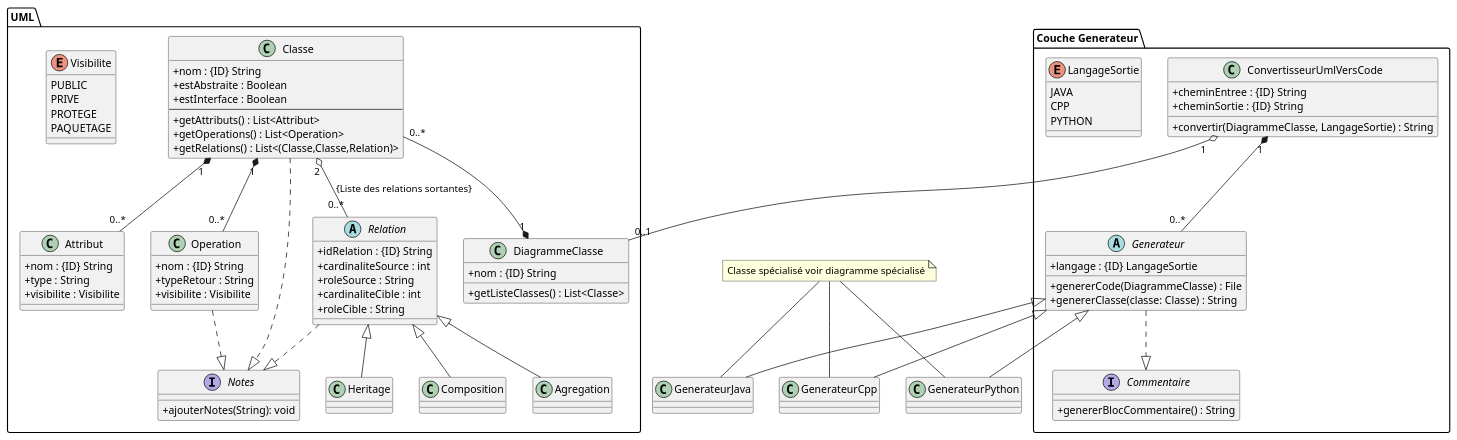
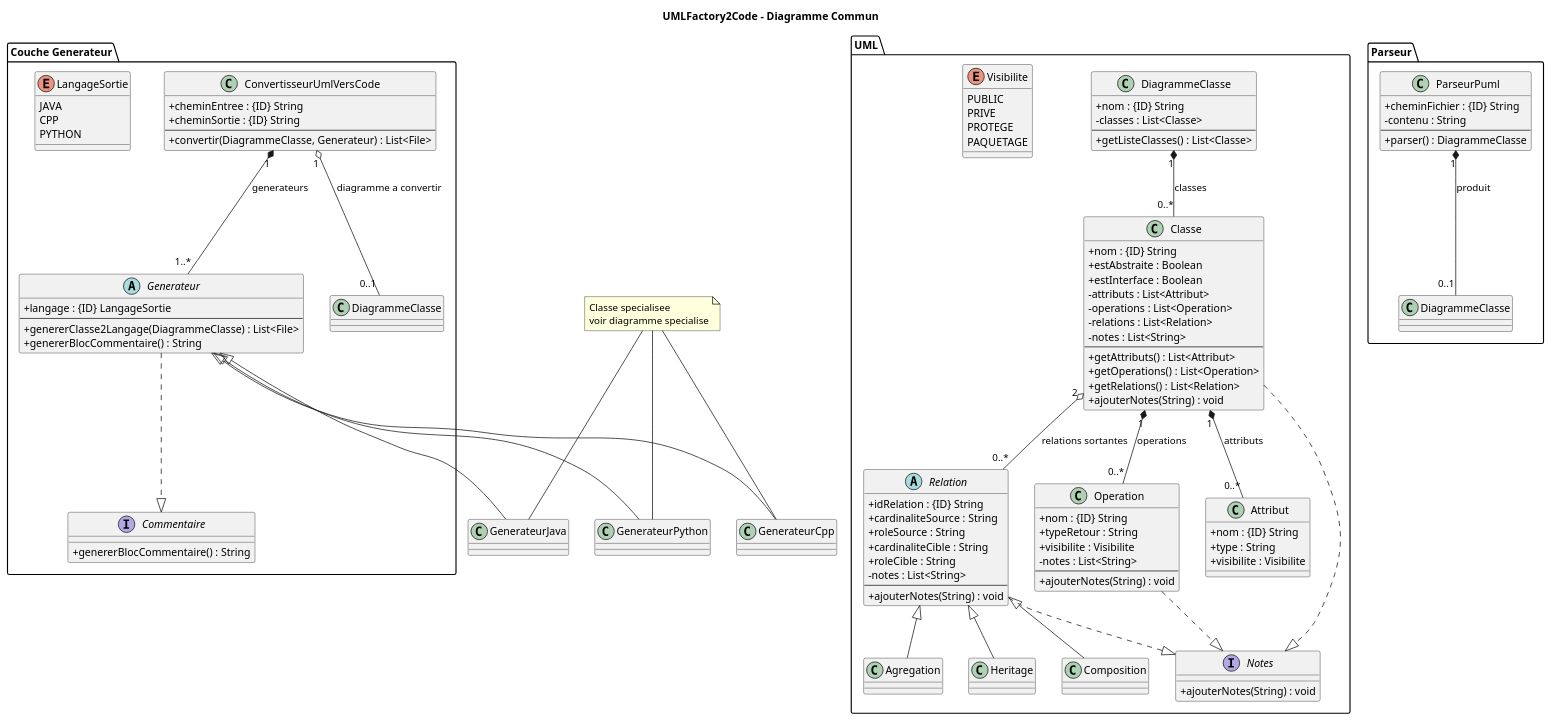
One commit to RasdaCorentin/PlantUML2Code changed the diagram in doc/fichier_puml/diagramme_commun.puml. Above: the diagram before and after it, drawn with PlantUML. The commit also changed 48 other files, not shown here.

Commit message:
Modif Diagramme de classe ajout premier programme

```diff
--- a/doc/fichier_puml/diagramme_commun.puml
+++ b/doc/fichier_puml/diagramme_commun.puml
@@ -1,104 +1,147 @@
 @startuml
+title UMLFactory2Code - Diagramme Commun
 skinparam classAttributeIconSize 0
 
 package "Couche Generateur" {
+
   class ConvertisseurUmlVersCode {
     +cheminEntree : {ID} String
     +cheminSortie : {ID} String
-    +convertir(DiagrammeClasse, LangageSortie) : String
+    ---
+    +convertir(DiagrammeClasse, Generateur) : List<File>
   }
+
   abstract class Generateur {
     +langage : {ID} LangageSortie
-    +genererCode(DiagrammeClasse) : File
-    +genererClasse(classe: Classe) : String
+    ---
+    +genererClasse2Langage(DiagrammeClasse) : List<File>
+    +genererBlocCommentaire() : String
   }
 
   enum LangageSortie {
     JAVA
     CPP
     PYTHON
   }
 
   interface Commentaire {
     +genererBlocCommentaire() : String
   }
 
   Generateur ..|> Commentaire
+  ConvertisseurUmlVersCode "1" o-- "0..1" DiagrammeClasse : "diagramme a convertir"
+  ConvertisseurUmlVersCode "1" *-- "1..*" Generateur : "generateurs"
 }
 
-package UML {
+package "UML" {
+
   class DiagrammeClasse {
     +nom : {ID} String
+    -classes : List<Classe>
+    ---
     +getListeClasses() : List<Classe>
   }
+
   class "Classe" as UMLClasse {
     +nom : {ID} String
     +estAbstraite : Boolean
     +estInterface : Boolean
+    -attributs : List<Attribut>
+    -operations : List<Operation>
+    -relations : List<Relation>
+    -notes : List<String>
     ---
     +getAttributs() : List<Attribut>
     +getOperations() : List<Operation>
-    +getRelations() : List<(Classe,Classe,Relation)>
-  }
-
-  UMLClasse "1" *-- "0..*" Attribut
-  UMLClasse "1" *-- "0..*" Operation
-  UMLClasse "2" o-- "0..*" Relation  : "{Liste des relations sortantes}"
-
-  enum Visibilite {
-    PUBLIC
-    PRIVE
-    PROTEGE
-    PAQUETAGE
+    +getRelations() : List<Relation>
+    +ajouterNotes(String) : void
   }
 
   class Attribut {
     +nom : {ID} String
     +type : String
     +visibilite : Visibilite
   }
 
   class Operation {
     +nom : {ID} String
     +typeRetour : String
     +visibilite : Visibilite
+    -notes : List<String>
+    ---
+    +ajouterNotes(String) : void
   }
 
-  abstract Relation {
+  abstract class Relation {
     +idRelation : {ID} String
-    +cardinaliteSource : int
+    +cardinaliteSource : String
     +roleSource : String
-    +cardinaliteCible : int
+    +cardinaliteCible : String
     +roleCible : String
+    -notes : List<String>
+    ---
+    +ajouterNotes(String) : void
   }
 
+  class Composition {
+  }
+
+  class Agregation {
+  }
+
+  class Heritage {
+  }
+
+  enum Visibilite {
+    PUBLIC
+    PRIVE
+    PROTEGE
+    PAQUETAGE
+  }
+
+  interface Notes {
+    +ajouterNotes(String) : void
+  }
+
+  ' --- Heritages ---
   Relation <|-- Composition
   Relation <|-- Agregation
   Relation <|-- Heritage
 
-  interface Notes {
-    +ajouterNotes(String): void
+  ' --- Implementations de Notes ---
+  UMLClasse ..|> Notes
+  Operation ..|> Notes
+  Relation ..|> Notes
+
+  ' --- Compositions internes ---
+  DiagrammeClasse "1" *-- "0..*" UMLClasse : "classes"
+  UMLClasse "1" *-- "0..*" Attribut : "attributs"
+  UMLClasse "1" *-- "0..*" Operation : "operations"
+
+  ' --- Agregation : une relation lie 2 classes ---
+  UMLClasse "2" o-- "0..*" Relation : "relations sortantes"
+}
+
+package "Parseur" {
+
+  class ParseurPuml {
+    +cheminFichier : {ID} String
+    -contenu : String
+    ---
+    +parser() : DiagrammeClasse
   }
 
-  UMLClasse ..|> Notes
-  Relation ..|> Notes
-  Operation ..|> Notes
+  ParseurPuml "1" *-- "0..1" DiagrammeClasse : "produit"
 }
 
-UMLClasse "0..*" --* "1" DiagrammeClasse
-
-
-
-ConvertisseurUmlVersCode "1" o-- "0..1" DiagrammeClasse
-ConvertisseurUmlVersCode "1" *-- "0..*" Generateur
-
+' --- Heritages vers les generateurs specialises ---
 Generateur <|-- GenerateurJava
 Generateur <|-- GenerateurCpp
 Generateur <|-- GenerateurPython
 
-Note "Classe spécialisé voir diagramme spécialisé" as N1
+note "Classe specialisee\nvoir diagramme specialise" as N1
 N1 -- GenerateurJava
 N1 -- GenerateurCpp
 N1 -- GenerateurPython
 
 @enduml
```
